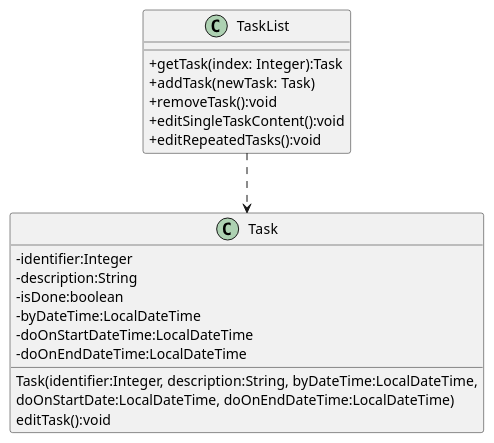
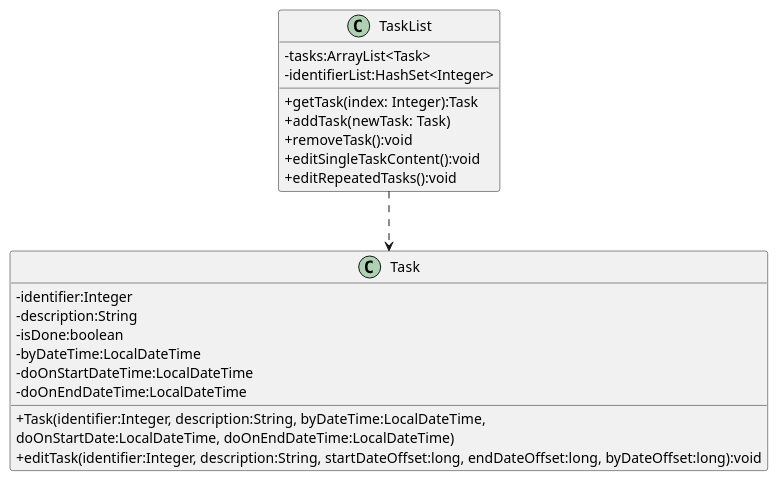
The diagram in docs/puml/TaskClass.puml (nus-cs2113-AY2122S2/tp), drawn with PlantUML before and after one commit. The commit also changed 6 other files, not shown here.

Commit message:
Update UML diagrams

```diff
--- a/docs/puml/TaskClass.puml
+++ b/docs/puml/TaskClass.puml
@@ -1,27 +1,29 @@
 @startuml
 'https://plantuml.com/class-diagram
 
 skinparam classAttributeIconSize 0
 
 class Task {
     -identifier:Integer
     -description:String
     -isDone:boolean
     -byDateTime:LocalDateTime
     -doOnStartDateTime:LocalDateTime
     -doOnEndDateTime:LocalDateTime
-    Task(identifier:Integer, description:String, byDateTime:LocalDateTime,
+    +Task(identifier:Integer, description:String, byDateTime:LocalDateTime,
     doOnStartDate:LocalDateTime, doOnEndDateTime:LocalDateTime)
-    editTask():void
+    +editTask(identifier:Integer, description:String, startDateOffset:long, endDateOffset:long, byDateOffset:long):void
 }
 
 class TaskList {
+    -tasks:ArrayList<Task>
+    -identifierList:HashSet<Integer>
     +getTask(index: Integer):Task
     +addTask(newTask: Task)
     +removeTask():void
     +editSingleTaskContent():void
     +editRepeatedTasks():void
 }
 
 TaskList ..> Task
 @enduml
```
